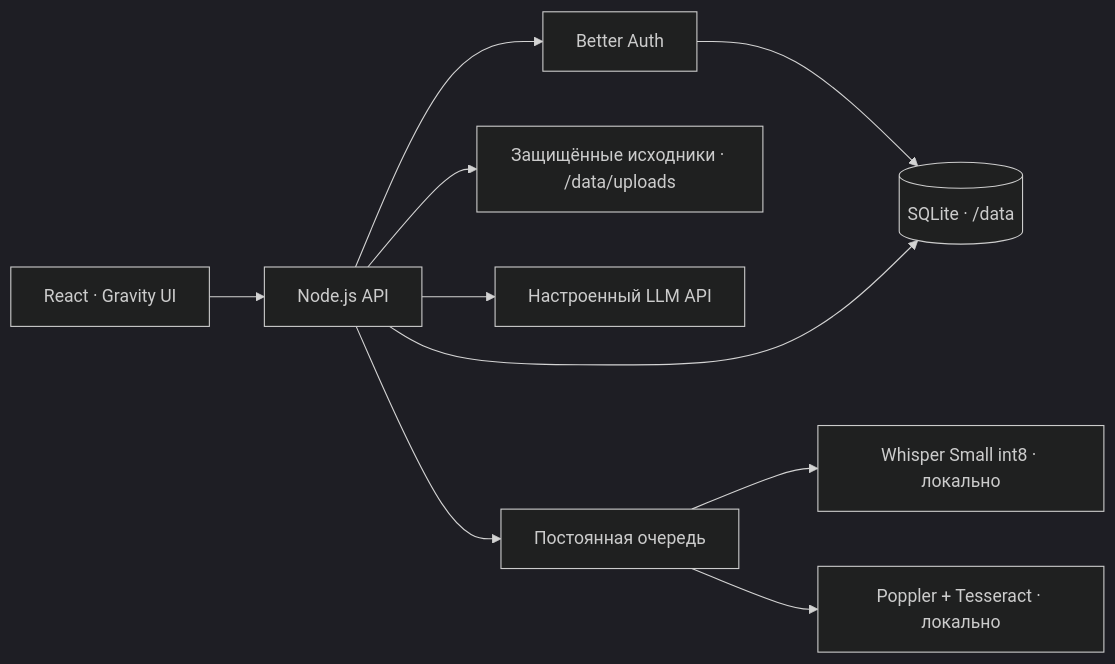
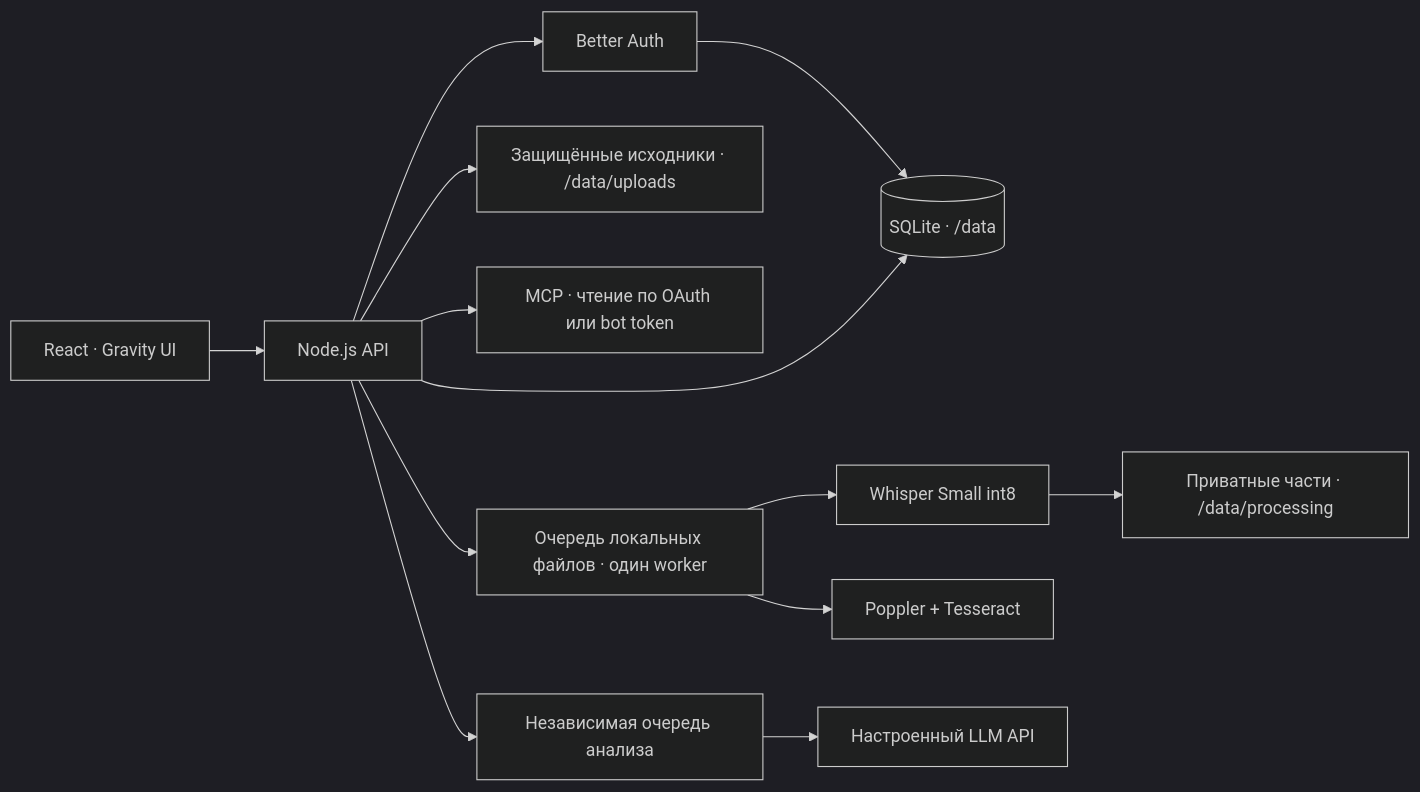
The diagram in docs/ARCHITECTURE.md (Ambidexterius/mnema), drawn with Mermaid (dark theme) before and after one commit. The commit also changed other lines of this file and 20 other files, not shown here.

First line of the commit message:
fix: release 0.9.10 with reliable processing and MCP revocation

````diff
--- a/docs/ARCHITECTURE.md
+++ b/docs/ARCHITECTURE.md
@@ -3,12 +3,15 @@
 ```mermaid
 flowchart LR
   UI[React · Gravity UI] --> API[Node.js API]
   API --> Auth[Better Auth]
   Auth --> DB[(SQLite · /data)]
   API --> DB
   API --> Files[Защищённые исходники · /data/uploads]
-  API --> LLM[Настроенный LLM API]
-  API --> Queue[Постоянная очередь]
-  Queue --> ASR[Whisper Small int8 · локально]
-  Queue --> OCR[Poppler + Tesseract · локально]
+  API --> MCP[MCP · чтение по OAuth или bot token]
+  API --> Local[Очередь локальных файлов · один worker]
+  Local --> ASR[Whisper Small int8]
+  Local --> OCR[Poppler + Tesseract]
+  ASR --> Checkpoints[Приватные части · /data/processing]
+  API --> Analysis[Независимая очередь анализа]
+  Analysis --> LLM[Настроенный LLM API]
 ```
````
